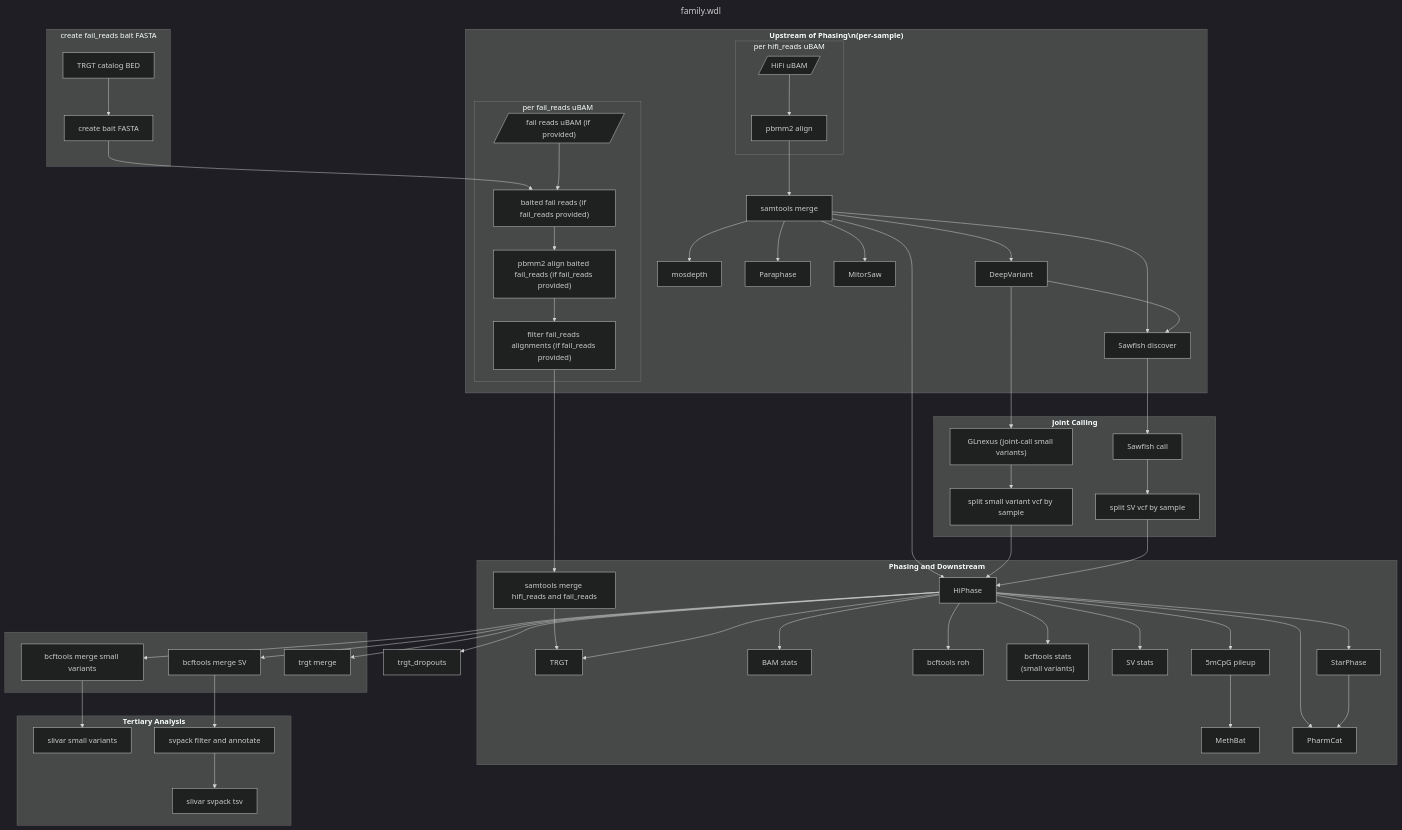
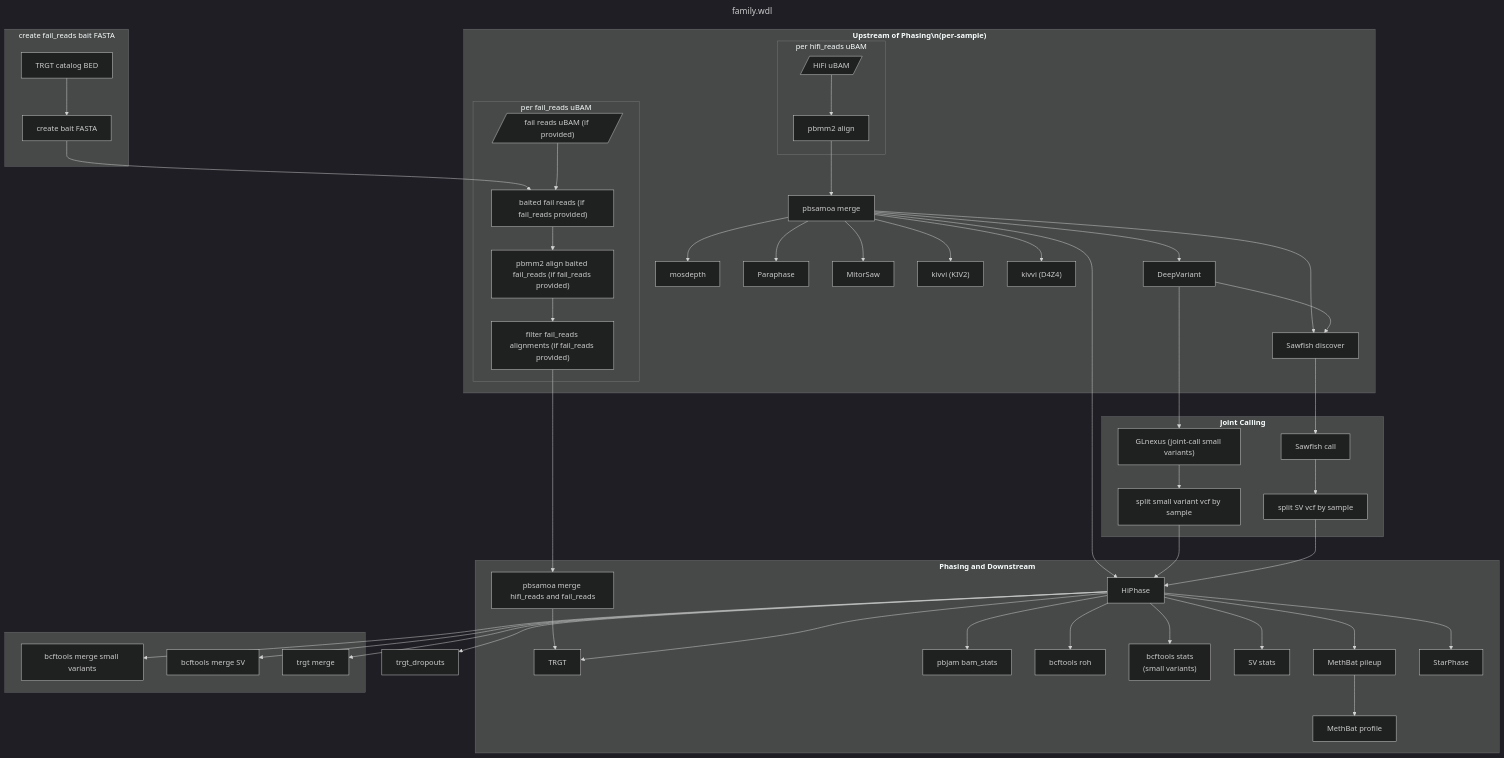
Before and after one commit to PacificBiosciences/HiFi-human-WGS-WDL: the diagram in docs/family.md, drawn with Mermaid (dark theme). The commit also changed other lines of this file and 84 other files, not shown here.

````diff
--- a/docs/family.md
+++ b/docs/family.md
@@ -38,10 +38,12 @@
       pbmm2_align_fail_reads["pbmm2 align baited fail_reads (if fail_reads provided)"]
       filter_fail_reads["filter fail_reads alignments (if fail_reads provided)"]
     end
-    samtools_merge["samtools merge"]
+    pbsamoa_merge["pbsamoa merge"]
     mosdepth["mosdepth"]
     paraphase["Paraphase"]
     mitorsaw["MitorSaw"]
+    kivvi_kiv2["kivvi (KIV2)"]
+    kivvi_d4z4["kivvi (D4Z4)"]
     deepvariant["DeepVariant"]
     sawfish_discover["Sawfish discover"]
   end
@@ -53,38 +55,34 @@
   end
   subgraph "`**Phasing and Downstream**`"
     hiphase["HiPhase"]
-    samtools_merge_fail_reads["samtools merge hifi_reads and fail_reads"]
+    pbsamoa_merge_fail_reads["pbsamoa merge hifi_reads and fail_reads"]
     trgt["TRGT"]
-    bam_stats["BAM stats"]
+    pbjam["pbjam bam_stats"]
     bcftools_roh["bcftools roh"]
     bcftools_stats["bcftools stats\n(small variants)"]
     sv_stats["SV stats"]
-    cpg_pileup["5mCpG pileup"]
-    methbat["MethBat"]
+    methbat_pileup["MethBat pileup"]
+    methbat_profile["MethBat profile"]
     starphase["StarPhase"]
-    pharmcat["PharmCat"]
   end
   subgraph " "
     merge_small_variants["bcftools merge small variants"]
     merge_svs["bcftools merge SV"]
     trgt_merge["trgt merge"]
   end
-  subgraph "`**Tertiary Analysis**`"
-    slivar_small_variants["slivar small variants"]
-    svpack["svpack filter and annotate"]
-    slivar_svpack["slivar svpack tsv"]
-  end
 
   trgt_catalog --> bait_fasta --> bait_fail_reads
-  fail_ubam --> bait_fail_reads --> pbmm2_align_fail_reads --> filter_fail_reads --> samtools_merge_fail_reads
-  ubam --> pbmm2_align --> samtools_merge
-  samtools_merge --> mosdepth
-  samtools_merge --> paraphase
-  samtools_merge --> mitorsaw
-  samtools_merge_fail_reads --> trgt
-  samtools_merge --> deepvariant
-  samtools_merge --> sawfish_discover
-  samtools_merge --> hiphase
+  fail_ubam --> bait_fail_reads --> pbmm2_align_fail_reads --> filter_fail_reads --> pbsamoa_merge_fail_reads
+  ubam --> pbmm2_align --> pbsamoa_merge
+  pbsamoa_merge --> mosdepth
+  pbsamoa_merge --> paraphase
+  pbsamoa_merge --> mitorsaw
+  pbsamoa_merge --> kivvi_kiv2
+  pbsamoa_merge --> kivvi_d4z4
+  pbsamoa_merge_fail_reads --> trgt
+  pbsamoa_merge --> deepvariant
+  pbsamoa_merge --> sawfish_discover
+  pbsamoa_merge --> hiphase
   deepvariant --> sawfish_discover
   deepvariant --> glnexus
   sawfish_discover --> sawfish_call
@@ -95,22 +93,15 @@
   split_sawfish --> hiphase
 
   hiphase --> trgt
-  hiphase --> bam_stats
+  hiphase --> pbjam
   hiphase --> bcftools_roh
   hiphase --> bcftools_stats
   hiphase --> sv_stats
-  hiphase --> cpg_pileup
+  hiphase --> methbat_pileup --> methbat_profile
   hiphase --> starphase
-  hiphase --> pharmcat
   hiphase --> trgt_dropouts
-  starphase --> pharmcat
-  cpg_pileup --> methbat
 
   hiphase --> merge_small_variants
   hiphase --> merge_svs
   hiphase --> trgt_merge
-
-  merge_small_variants --> slivar_small_variants
-  merge_svs --> svpack
-  svpack --> slivar_svpack
 ```
````
